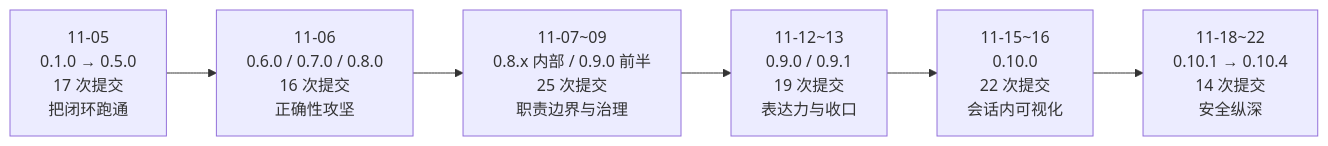
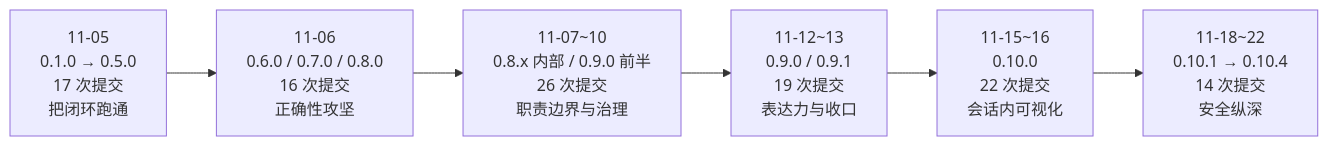
The second of 2 diagrams in docs/md/10-项目实战/04-DSH任务派发插件/00-项目全景与阅读地图.md (wychmod/wychmod.github.io), drawn with Mermaid before and after one commit. The commit also changed other lines of this file, not shown here.

````diff
--- a/docs/md/10-项目实战/04-DSH任务派发插件/00-项目全景与阅读地图.md
+++ b/docs/md/10-项目实战/04-DSH任务派发插件/00-项目全景与阅读地图.md
@@ -151,8 +152,8 @@
 ```mermaid
 flowchart LR
     A["11-05<br/>0.1.0 → 0.5.0<br/>17 次提交<br/>把闭环跑通"] --> B["11-06<br/>0.6.0 / 0.7.0 / 0.8.0<br/>16 次提交<br/>正确性攻坚"]
-    B --> C["11-07~09<br/>0.8.x 内部 / 0.9.0 前半<br/>25 次提交<br/>职责边界与治理"]
+    B --> C["11-07~10<br/>0.8.x 内部 / 0.9.0 前半<br/>26 次提交<br/>职责边界与治理"]
     C --> D["11-12~13<br/>0.9.0 / 0.9.1<br/>19 次提交<br/>表达力与收口"]
     D --> E["11-15~16<br/>0.10.0<br/>22 次提交<br/>会话内可视化"]
     E --> F["11-18~22<br/>0.10.1 → 0.10.4<br/>14 次提交<br/>安全纵深"]
 ```
````
